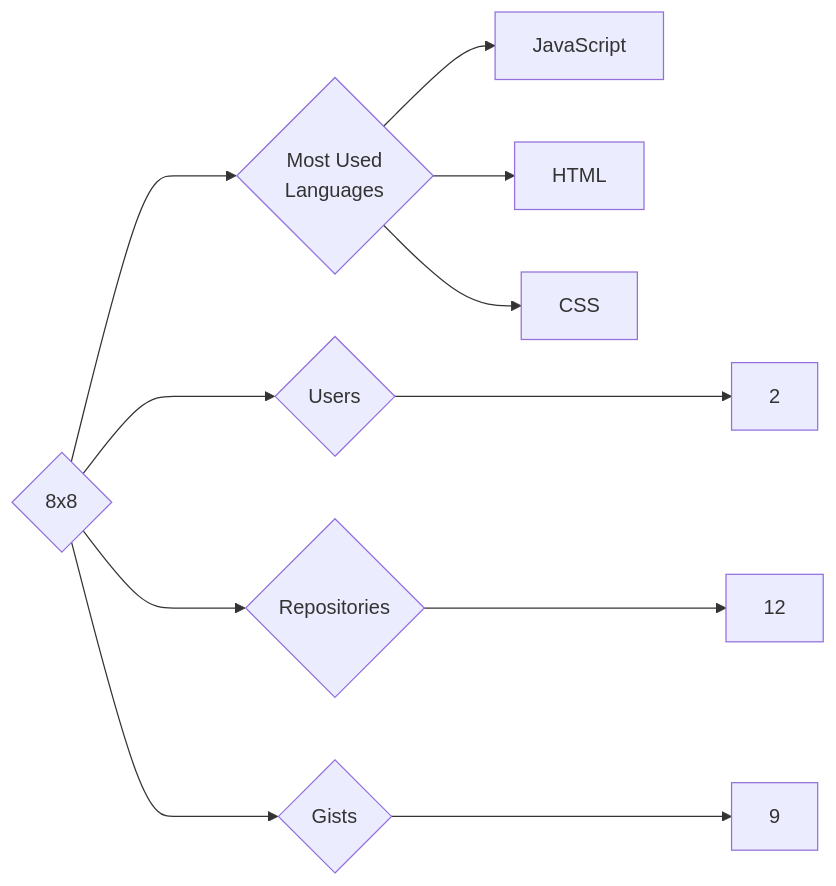
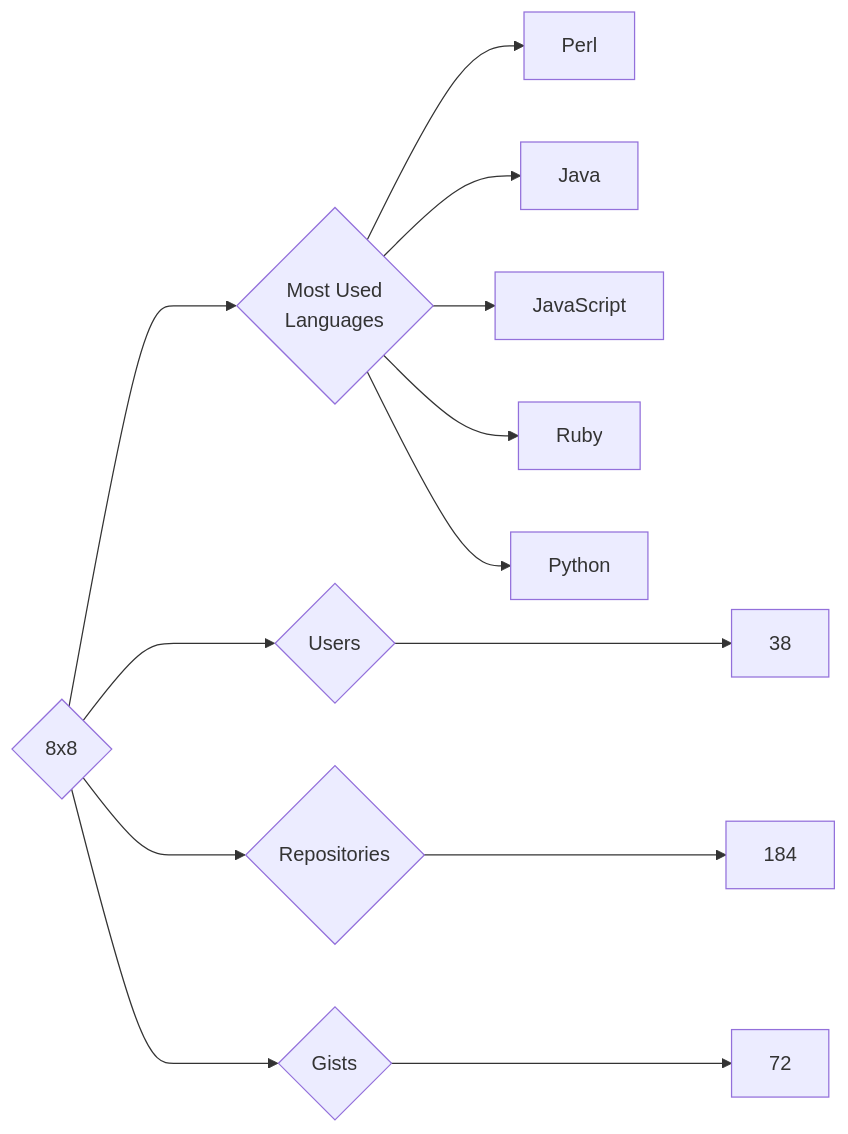
The diagram in targets/8x8/README.md (trickest/insiders), drawn with Mermaid before and after one commit. The commit also changed 682 other files, not shown here.

````diff
--- a/targets/8x8/README.md
+++ b/targets/8x8/README.md
@@ -3,11 +3,13 @@
 ```mermaid
 graph LR
 COMPANY_NAME{8x8}
-COMPANY_NAME ---> U{Users} ---> UN[2]
-COMPANY_NAME ---> R{Repositories} ---> RN[12]
-COMPANY_NAME ---> G{Gists} ---> GN[9]
+COMPANY_NAME ---> U{Users} ---> UN[38]
+COMPANY_NAME ---> R{Repositories} ---> RN[184]
+COMPANY_NAME ---> G{Gists} ---> GN[72]
 COMPANY_NAME ---> ML{Most Used<br>Languages}
+ML --> Perl[Perl]
+ML --> Java[Java]
 ML --> JavaScript[JavaScript]
-ML --> HTML[HTML]
-ML --> CSS[CSS]
+ML --> Ruby[Ruby]
+ML --> Python[Python]
 ```
````
